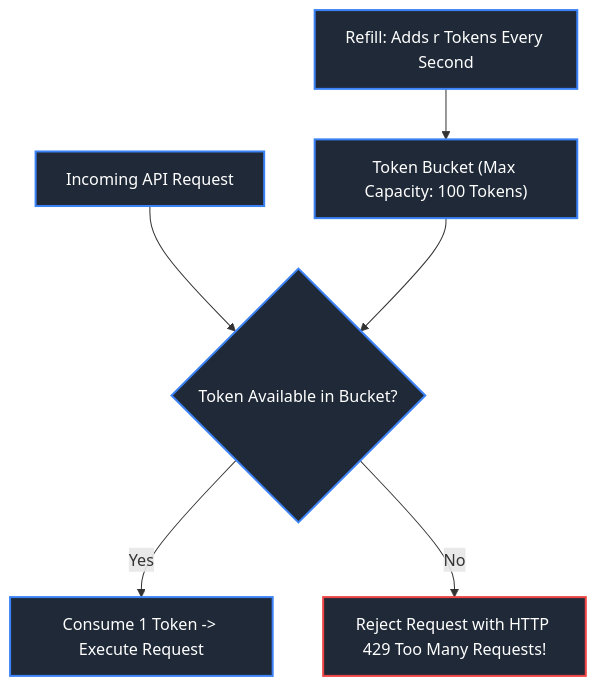
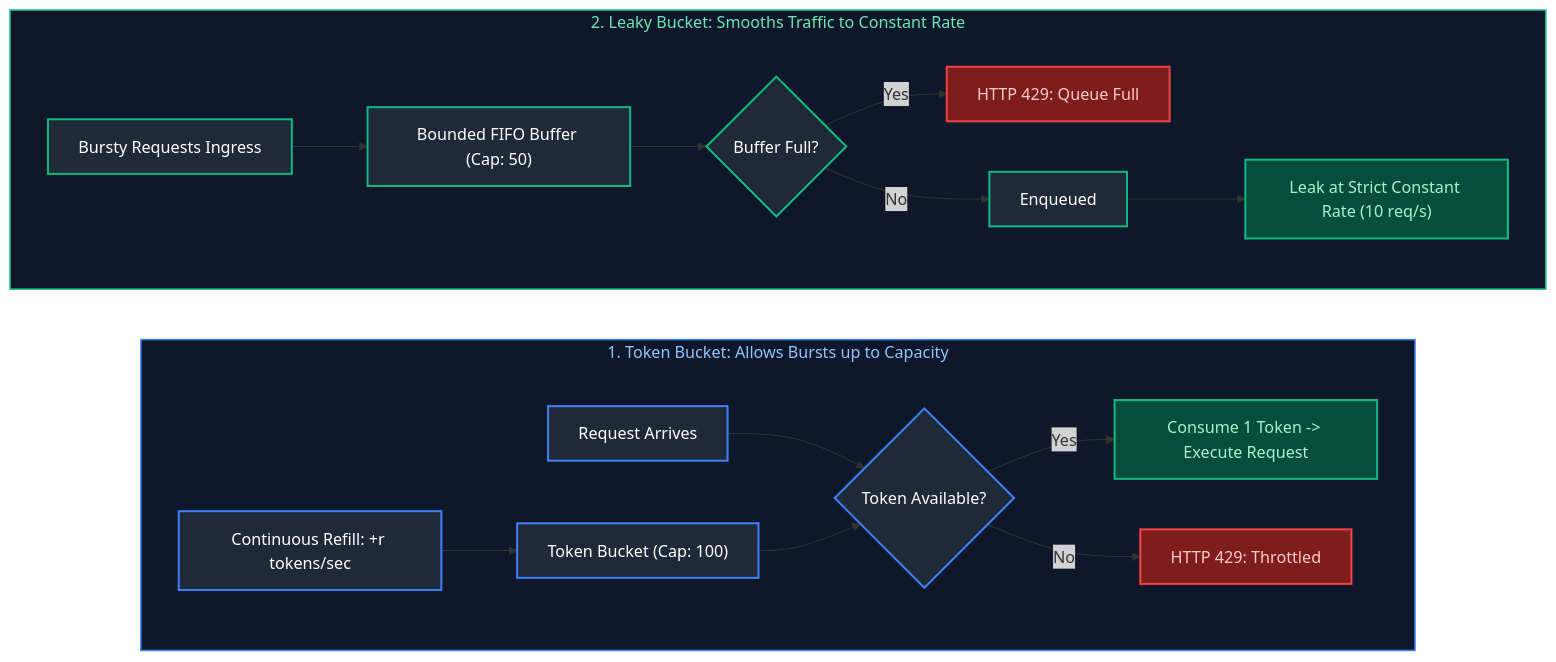
Before and after one commit to joydeep-biswas/Interview-Preparation: diagram 16 of 19 in Data Engineering/05_distributed_systems_and_apis.md, drawn with Mermaid. The commit also changed other lines of this file and 143 other files, not shown here.

````diff
--- a/Data Engineering/05_distributed_systems_and_apis.md
+++ b/Data Engineering/05_distributed_systems_and_apis.md
@@ -941,15 +1080,35 @@
 ```mermaid
-flowchart TD
-    Refill["Refill: Adds r Tokens Every Second"] --> Bucket["Token Bucket (Max Capacity: 100 Tokens)"]
-    Request["Incoming API Request"] --> Check{"Token Available in Bucket?"}
-    Bucket --> Check
-    Check -- Yes --> Consume["Consume 1 Token -> Execute Request"]
-    Check -- No --> Drop["Reject Request with HTTP 429 Too Many Requests!"]
+flowchart LR
+    subgraph TokenBucketFlow ["1. Token Bucket: Allows Bursts up to Capacity"]
+        direction LR
+        Refill["Continuous Refill: +r tokens/sec"] --> Bucket["Token Bucket (Cap: 100)"]
+        Req1["Request Arrives"] --> CheckTB{"Token Available?"}
+        Bucket --> CheckTB
+        CheckTB -- Yes --> ExecTB["Consume 1 Token -> Execute Request"]
+        CheckTB -- No --> DropTB["HTTP 429: Throttled"]
+    end
 
+    subgraph LeakyBucketFlow ["2. Leaky Bucket: Smooths Traffic to Constant Rate"]
+        direction LR
+        Burst["Bursty Requests Ingress"] --> FIFO["Bounded FIFO Buffer (Cap: 50)"]
+        FIFO --> Overflow{"Buffer Full?"}
+        Overflow -- Yes --> DropLB["HTTP 429: Queue Full"]
+        Overflow -- No --> Queue["Enqueued"]
+        Queue --> ConstantLeak["Leak at Strict Constant Rate (10 req/s)"]
+    end
+
+    style TokenBucketFlow fill:#0f172a,stroke:#3b82f6,stroke-width:1.5px,color:#93c5fd
+    style LeakyBucketFlow fill:#0f172a,stroke:#10b981,stroke-width:1.5px,color:#6ee7b7
     style Refill fill:#1f2937,stroke:#3b82f6,stroke-width:2px,color:#fff
     style Bucket fill:#1f2937,stroke:#3b82f6,stroke-width:2px,color:#fff
-    style Request fill:#1f2937,stroke:#3b82f6,stroke-width:2px,color:#fff
-    style Check fill:#1f2937,stroke:#3b82f6,stroke-width:2px,color:#fff
-    style Consume fill:#1f2937,stroke:#3b82f6,stroke-width:2px,color:#fff
-    style Drop fill:#1f2937,stroke:#ef4444,stroke-width:2px,color:#fff
+    style Req1 fill:#1f2937,stroke:#3b82f6,stroke-width:2px,color:#fff
+    style CheckTB fill:#1f2937,stroke:#3b82f6,stroke-width:2px,color:#fff
+    style ExecTB fill:#064e3b,stroke:#10b981,stroke-width:2px,color:#a7f3d0
+    style DropTB fill:#7f1d1d,stroke:#ef4444,stroke-width:2px,color:#fecaca
+    style Burst fill:#1f2937,stroke:#10b981,stroke-width:2px,color:#fff
+    style FIFO fill:#1f2937,stroke:#10b981,stroke-width:2px,color:#fff
+    style Overflow fill:#1f2937,stroke:#10b981,stroke-width:2px,color:#fff
+    style DropLB fill:#7f1d1d,stroke:#ef4444,stroke-width:2px,color:#fecaca
+    style Queue fill:#1f2937,stroke:#10b981,stroke-width:2px,color:#fff
+    style ConstantLeak fill:#064e3b,stroke:#10b981,stroke-width:2px,color:#a7f3d0
 ```
````
